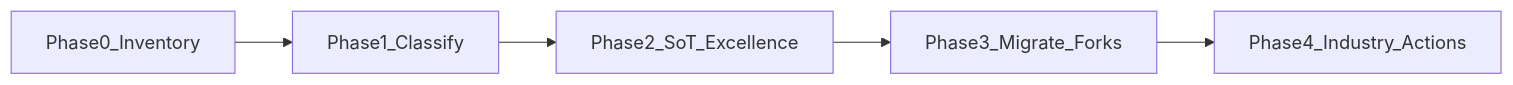
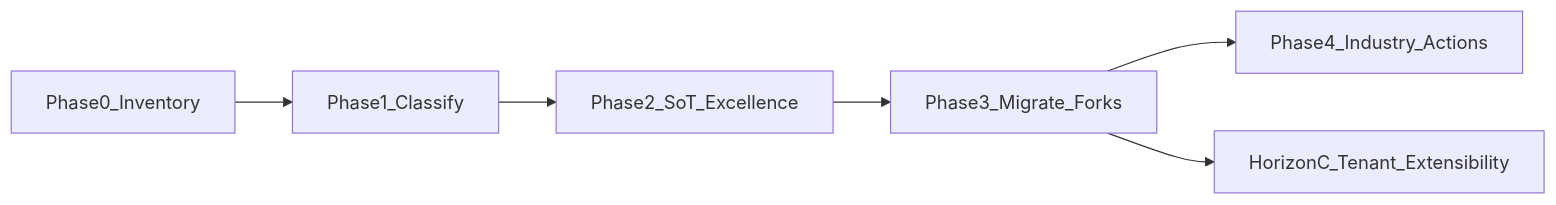
The diagram in docs/todo/ledgergrid-unified-table-sot-RESEARCH-HANDOFF.md (DENSENSE8/cycleforge-app), drawn with Mermaid before and after one commit. The commit also changed other lines of this file and 806 other files, not shown here.

````diff
--- a/docs/todo/ledgergrid-unified-table-sot-RESEARCH-HANDOFF.md
+++ b/docs/todo/ledgergrid-unified-table-sot-RESEARCH-HANDOFF.md
@@ -78,9 +79,11 @@
 ```mermaid
 flowchart LR
   research[Phase0_Inventory]
   classify[Phase1_Classify]
   sot[Phase2_SoT_Excellence]
   migrate[Phase3_Migrate_Forks]
   actions[Phase4_Industry_Actions]
+  extensibility[HorizonC_Tenant_Extensibility]
   research --> classify --> sot --> migrate --> actions
+  migrate --> extensibility
 ```
````
